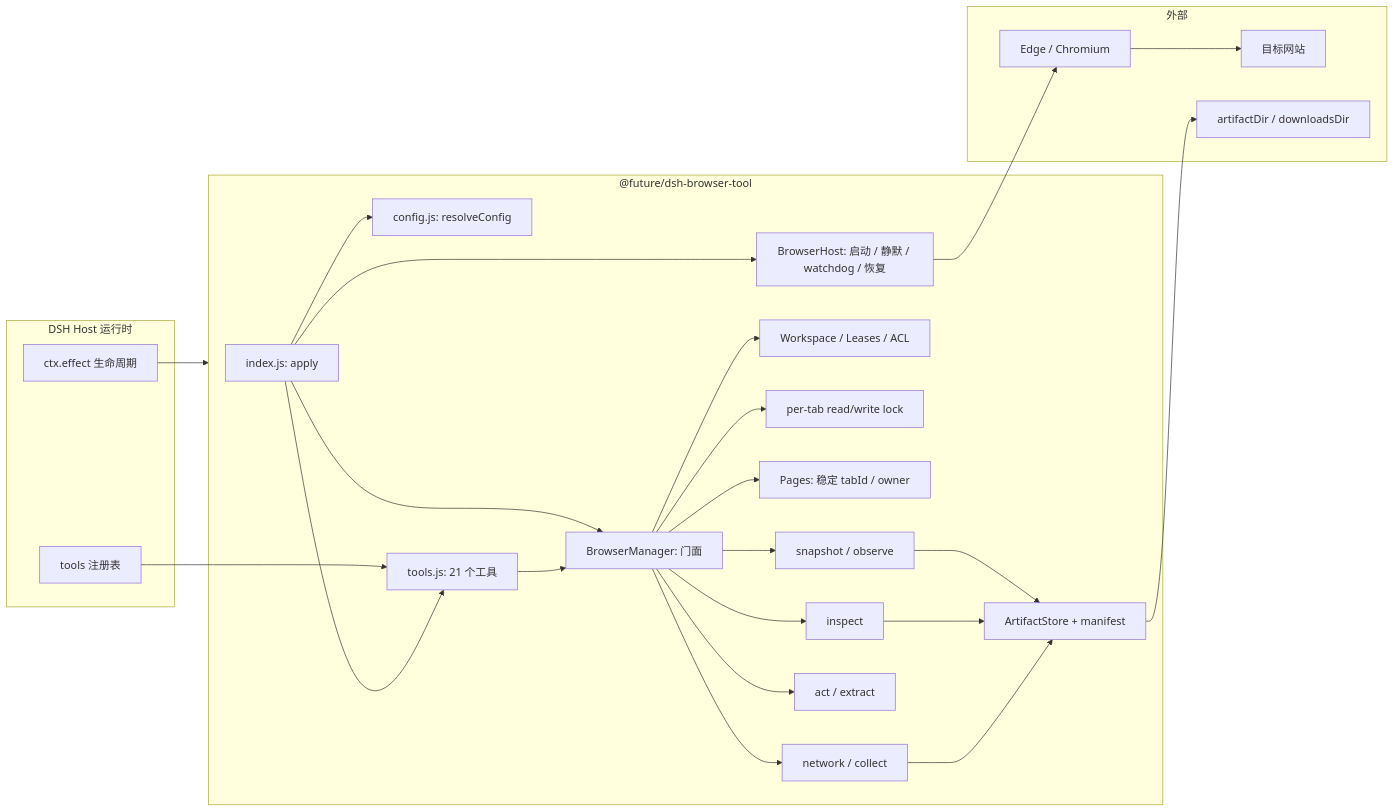
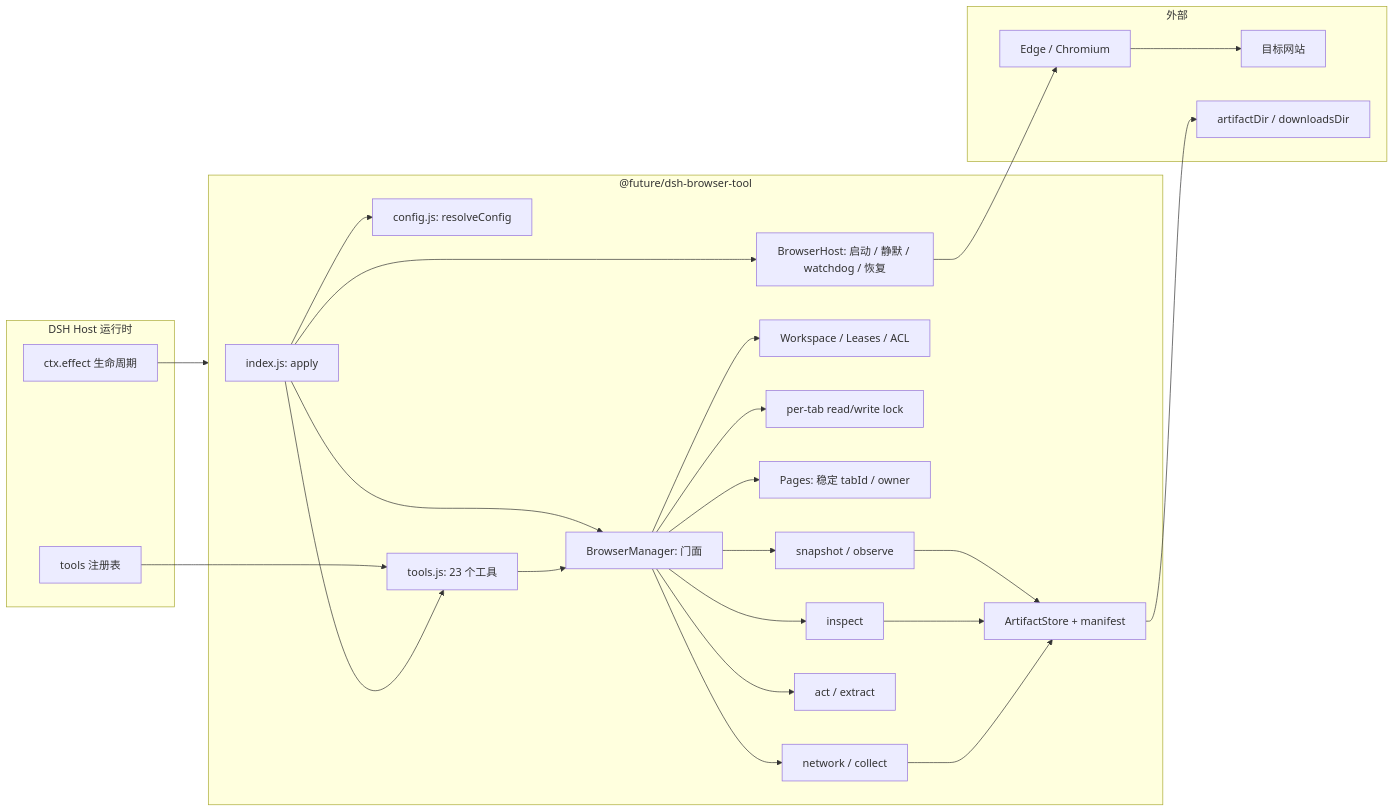
Before and after one commit to XiRuize/dsh-browser-tool: the first of 3 diagrams in docs/architecture.md, drawn with Mermaid. The commit also changed other lines of this file and 16 other files, not shown here.

````diff
--- a/docs/architecture.md
+++ b/docs/architecture.md
@@ -16,50 +16,50 @@
 ```mermaid
 flowchart LR
   subgraph Host["DSH Host 运行时"]
     T["tools 注册表"]
     E["ctx.effect 生命周期"]
   end
 
   subgraph Plugin["@future/dsh-browser-tool"]
     Entry["index.js: apply"]
     Cfg["config.js: resolveConfig"]
     HostM["BrowserHost: 启动 / 静默 / watchdog / 恢复"]
     Mgr["BrowserManager: 门面"]
     WS["Workspace / Leases / ACL"]
     Locks["per-tab read/write lock"]
     Pages["Pages: 稳定 tabId / owner"]
     Snap["snapshot / observe"]
     Insp["inspect"]
     Act["act / extract"]
     Net["network / collect"]
     Art["ArtifactStore + manifest"]
-    Tools["tools.js: 21 个工具"]
+    Tools["tools.js: 23 个工具"]
   end
 
   subgraph External["外部"]
     Chromium["Edge / Chromium"]
     Site["目标网站"]
     FS["artifactDir / downloadsDir"]
   end
 
   T --> Tools
   E --> Plugin
   Entry --> Cfg
   Entry --> HostM
   Entry --> Mgr
   Entry --> Tools
   HostM --> Chromium
   Chromium --> Site
   Mgr --> WS
   Mgr --> Locks
   Mgr --> Pages
   Mgr --> Snap
   Mgr --> Insp
   Mgr --> Act
   Mgr --> Net
   Snap --> Art
   Insp --> Art
   Net --> Art
   Art --> FS
   Tools --> Mgr
 ```
````
